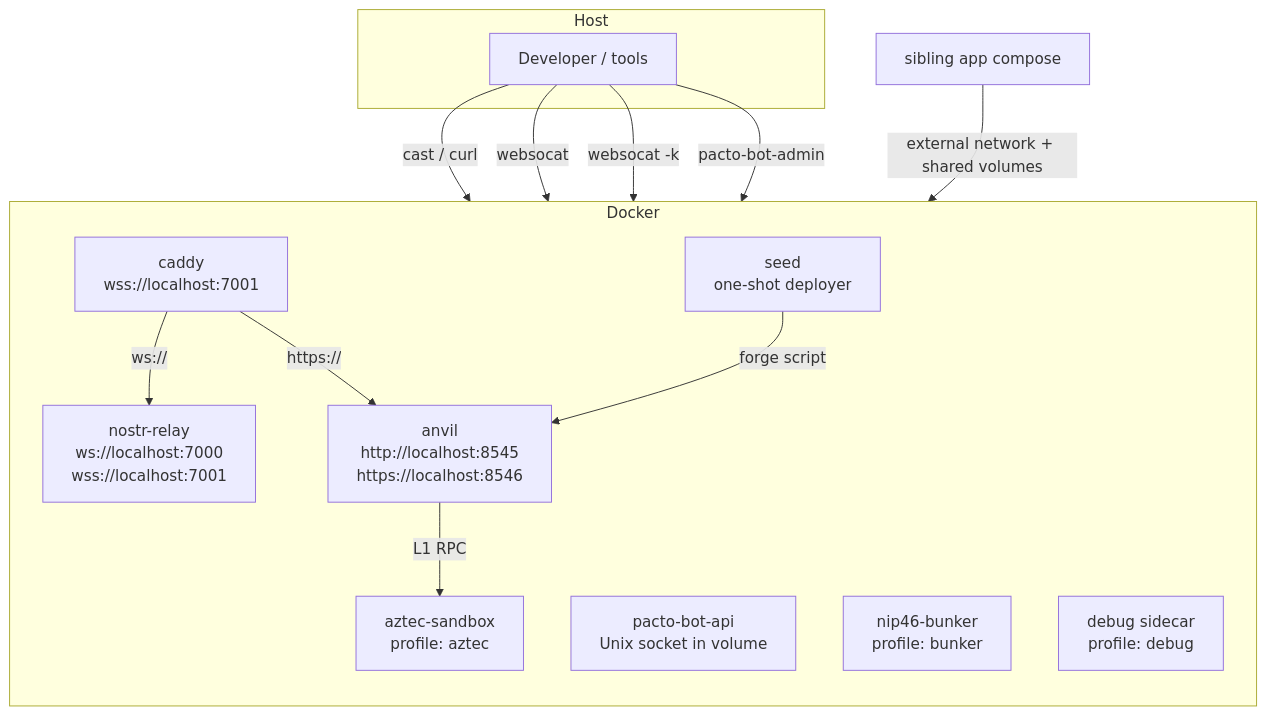
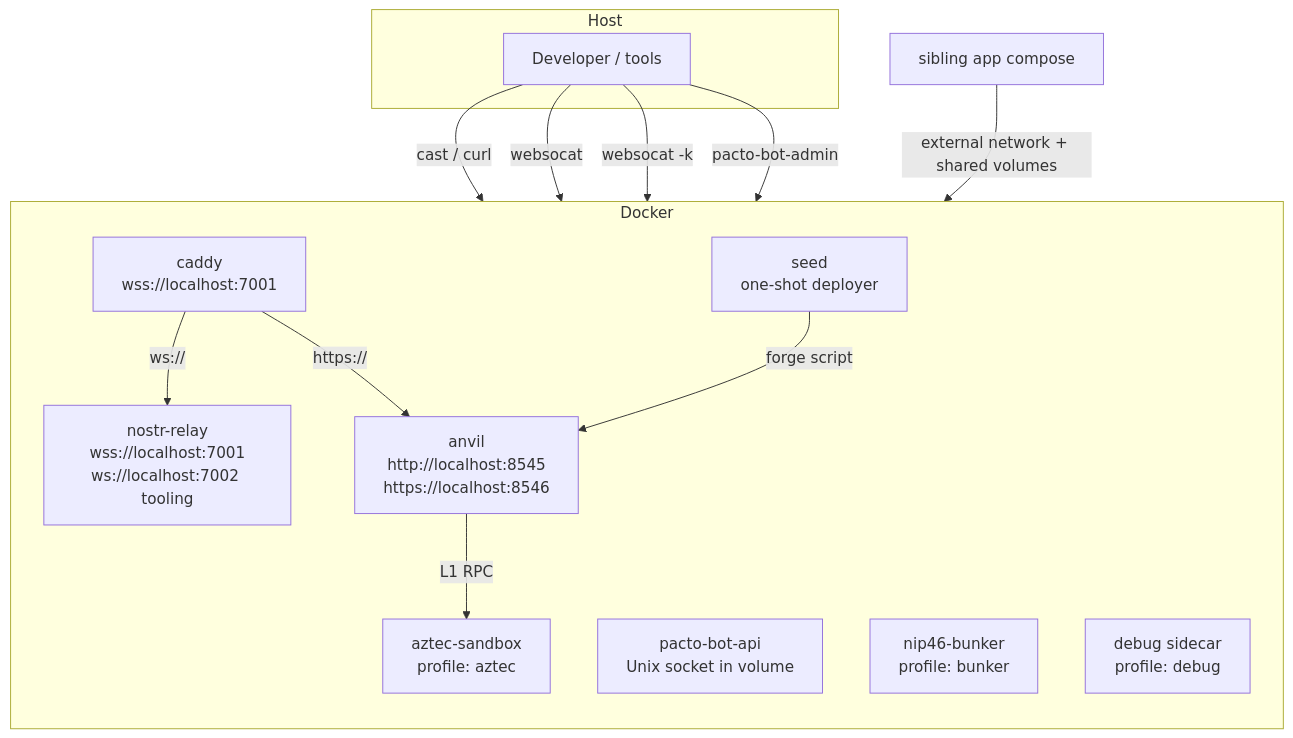
The diagram in ARCHITECTURE.md (covenant-gov/pacto-dev-env), drawn with Mermaid before and after one commit. The commit also changed 4 other files, not shown here.

````diff
--- a/ARCHITECTURE.md
+++ b/ARCHITECTURE.md
@@ -26,28 +26,28 @@
 ```mermaid
 graph TD
     subgraph Host
       User[Developer / tools]
     end
 
     subgraph Docker
       direction TB
-      Relay[nostr-relay<br/>ws://localhost:7000<br/>wss://localhost:7001]
+      Relay[nostr-relay<br/>wss://localhost:7001<br/>ws://localhost:7002 tooling]
       Caddy[caddy<br/>wss://localhost:7001]
       Anvil[anvil<br/>http://localhost:8545<br/>https://localhost:8546]
       Daemon[pacto-bot-api<br/>Unix socket in volume]
       Seed[seed<br/>one-shot deployer]
       Aztec[aztec-sandbox<br/>profile: aztec]
       Bunker[nip46-bunker<br/>profile: bunker]
       Debug[debug sidecar<br/>profile: debug]
     end
 
     User -->|cast / curl| Anvil
     User -->|websocat| Relay
     User -->|websocat -k| Caddy
     User -->|pacto-bot-admin| Daemon
     Anvil -->|L1 RPC| Aztec
     Seed -->|forge script| Anvil
     Caddy -->|ws://| Relay
     Caddy -->|https://| Anvil
     AppCompose[sibling app compose] -->|external network + shared volumes| Docker
 ```
````
